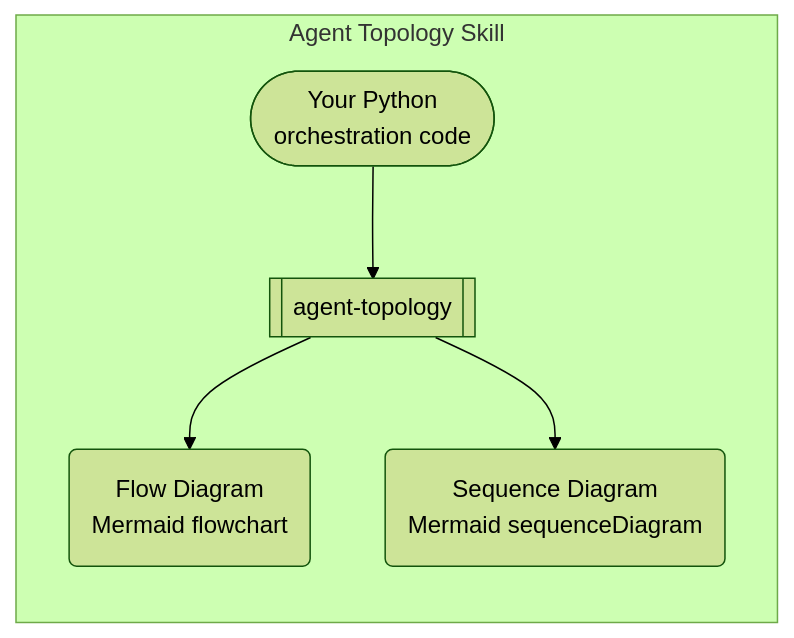
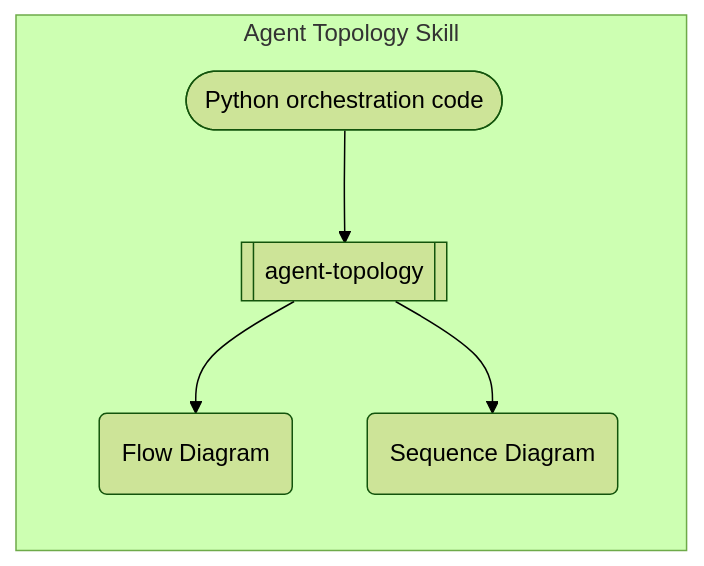
One commit to SoniaMehta14/agent-topology changed the first of 2 diagrams in README.md. Above: the diagram before and after it, drawn with Mermaid (forest theme). The commit also changed other lines of this file, not shown here.

First line of the commit message:
fix: remove \n node labels and middle-dot from Mermaid diagrams

````diff
--- a/README.md
+++ b/README.md
@@ -5,8 +5,8 @@
 ```mermaid
 flowchart LR
     subgraph skill [Agent Topology Skill]
-        A([Your Python\norchestration code]) --> B[[agent-topology]]
-        B --> C(Flow Diagram\nMermaid flowchart)
-        B --> D(Sequence Diagram\nMermaid sequenceDiagram)
+        A([Python orchestration code]) --> B[[agent-topology]]
+        B --> C(Flow Diagram)
+        B --> D(Sequence Diagram)
     end
 ```
````
